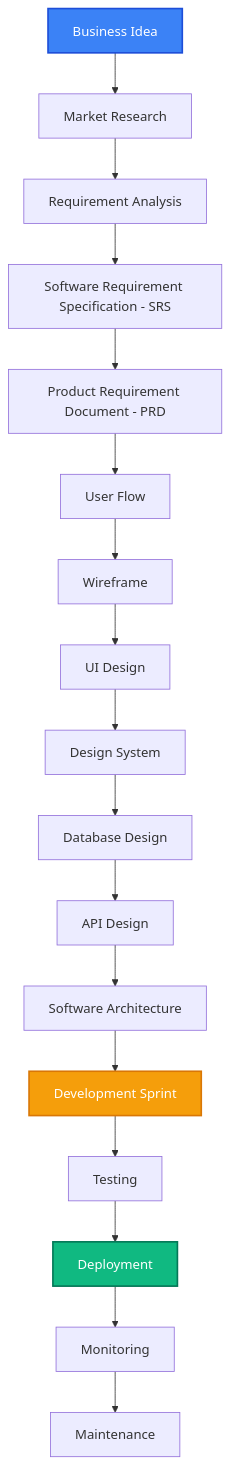
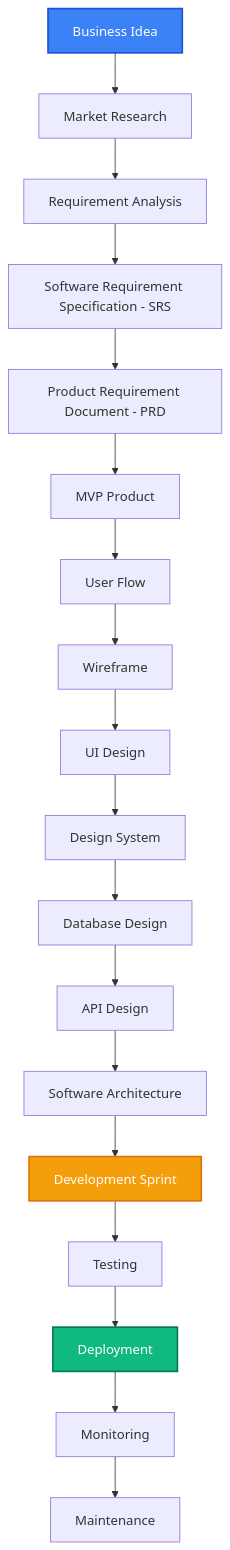
Before and after one commit to hudayef/sdlc-sistem-monitoring: the diagram in README.md, drawn with Mermaid. The commit also changed other lines of this file, not shown here.

````diff
--- a/README.md
+++ b/README.md
@@ -50,23 +51,24 @@
 ```mermaid
 graph TD
     A[Business Idea] --> B[Market Research]
     B --> C[Requirement Analysis]
     C --> D[Software Requirement Specification - SRS]
     D --> E[Product Requirement Document - PRD]
-    E --> F[User Flow]
+    E --> MVP[MVP Product]
+    MVP --> F[User Flow]
     F --> G[Wireframe]
     G --> H[UI Design]
     H --> I[Design System]
     I --> J[Database Design]
     J --> K[API Design]
     K --> L[Software Architecture]
     L --> M[Development Sprint]
     M --> N[Testing]
     N --> O[Deployment]
     O --> P[Monitoring]
     P --> Q[Maintenance]
 
     style A fill:#3b82f6,stroke:#1d4ed8,stroke-width:2px,color:#fff
     style M fill:#f59e0b,stroke:#d97706,stroke-width:2px,color:#fff
     style O fill:#10b981,stroke:#047857,stroke-width:2px,color:#fff
 ```
````
